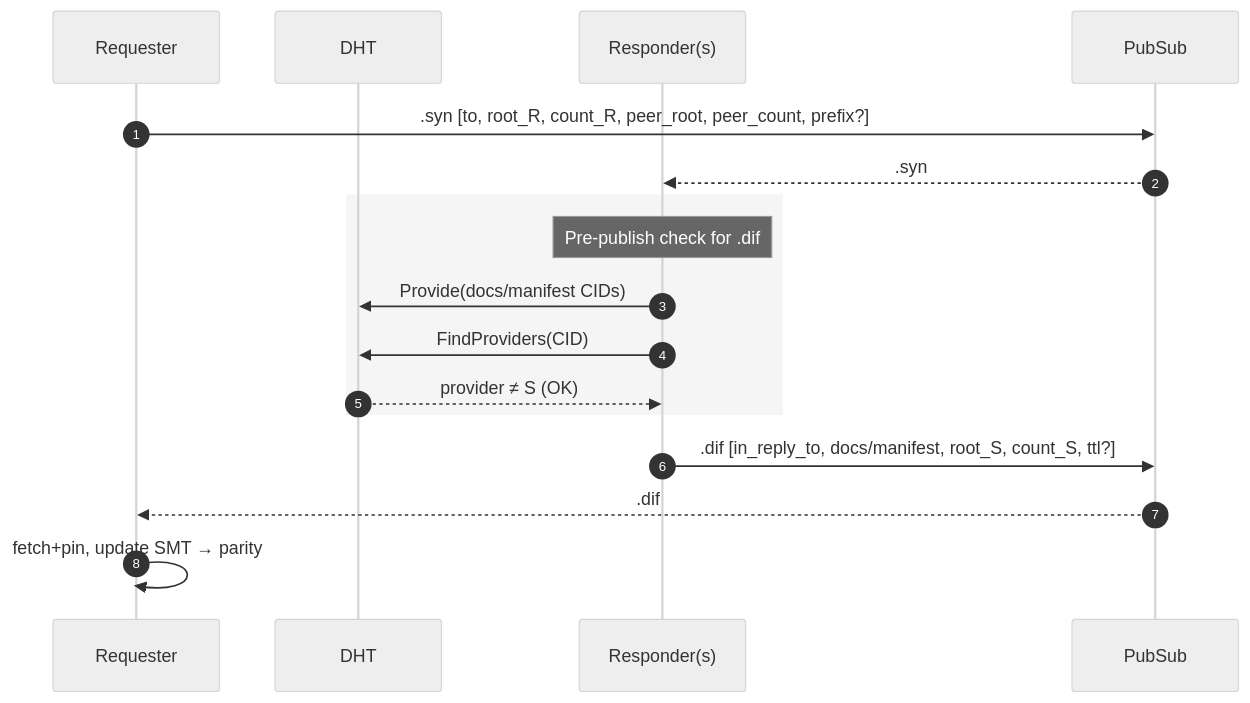
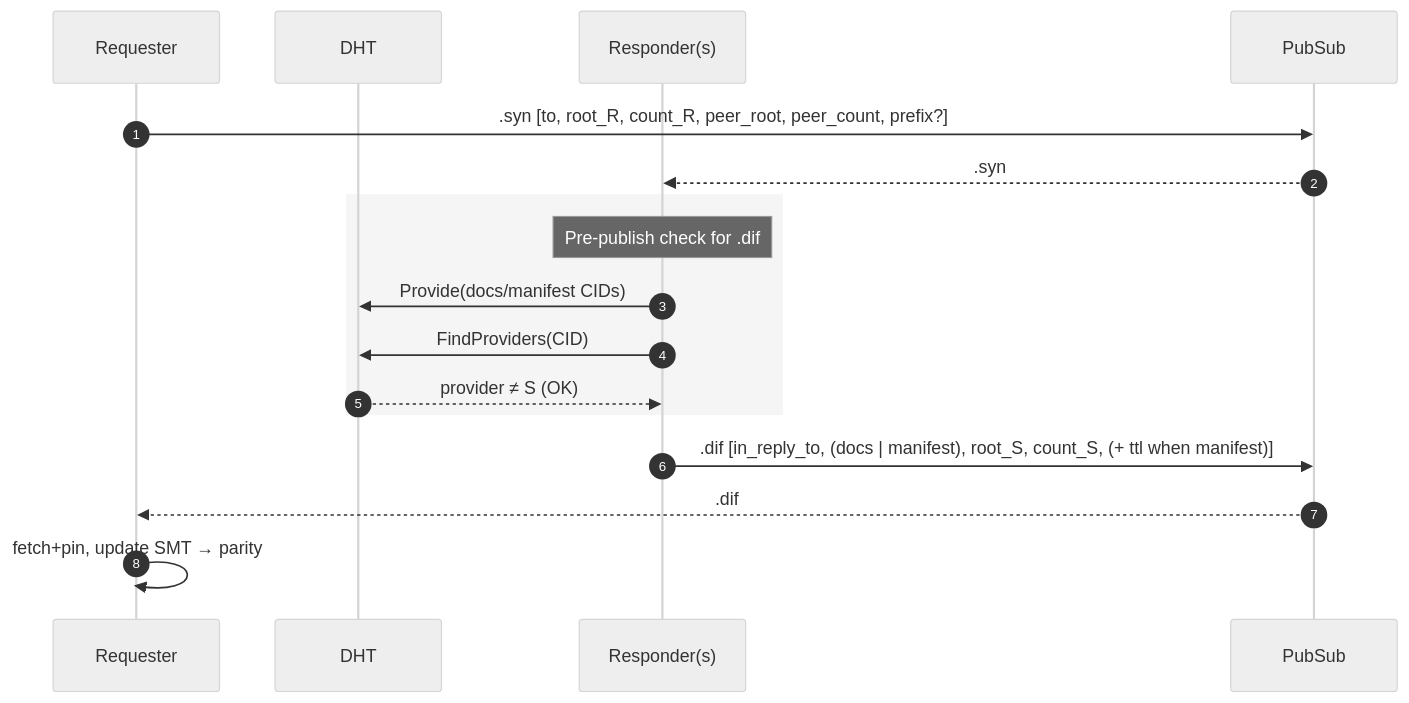
One commit to input-output-hk/hermes changed the seventh of 11 diagrams in docs/src/architecture/08_concepts/document_sync/protocol_spec.md. Above: the diagram before and after it, drawn with Mermaid (neutral theme). The commit also changed other lines of this file, not shown here.

````diff
--- a/docs/src/architecture/08_concepts/document_sync/protocol_spec.md
+++ b/docs/src/architecture/08_concepts/document_sync/protocol_spec.md
@@ -676,19 +676,19 @@
 ```mermaid
 sequenceDiagram
   autonumber
   participant R as Requester
   participant D as DHT
   participant S as Responder(s)
   participant PS as PubSub
   R->>PS: .syn [to, root_R, count_R, peer_root, peer_count, prefix?]
   PS-->>S: .syn
   rect rgb(245,245,245)
     Note over S: Pre-publish check for .dif
     S->>D: Provide(docs/manifest CIDs)
     S->>D: FindProviders(CID)
     D-->>S: provider ≠ S (OK)
   end
-  S->>PS: .dif [in_reply_to, docs/manifest, root_S, count_S, ttl?]
+  S->>PS: .dif [in_reply_to, (docs | manifest), root_S, count_S, (+ ttl when manifest)]
   PS-->>R: .dif
   R->>R: fetch+pin, update SMT → parity
 ```
````
